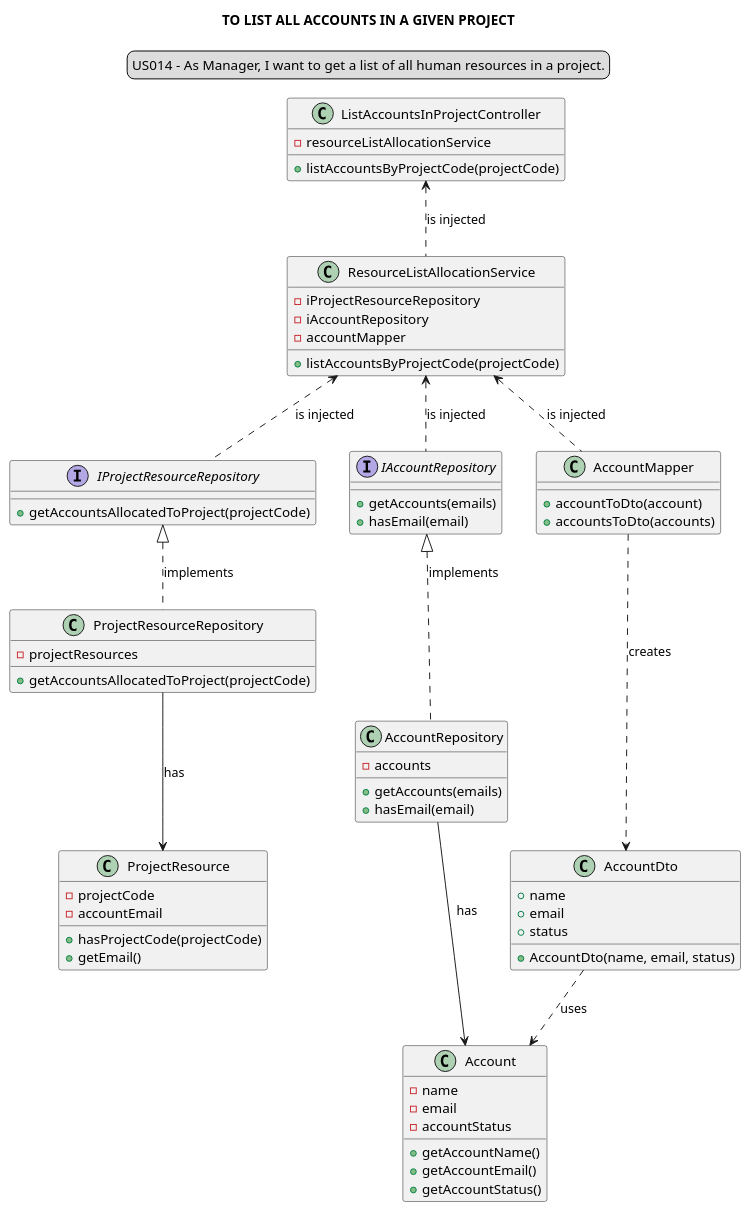
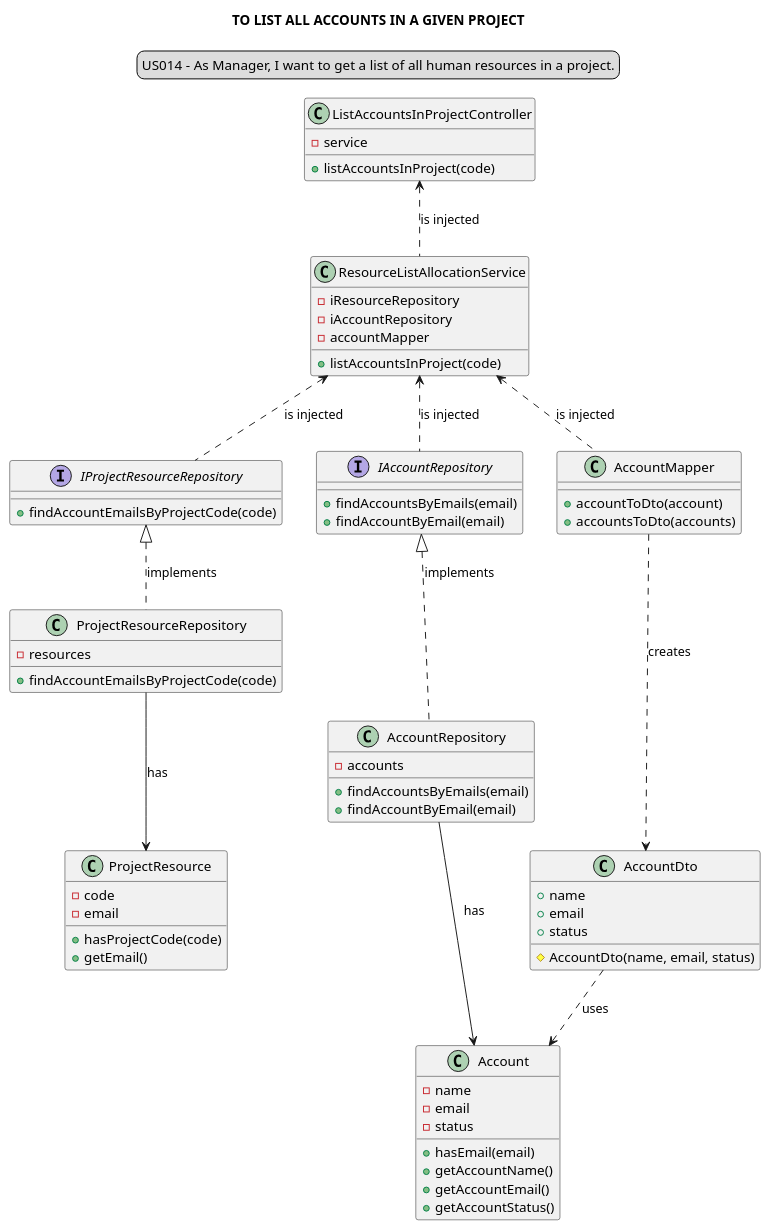
The diagram in docs/modelling_design/user_stories/sprint02/us014/US014_classDiagram_ddd.puml (Loracline/project_switch_22-23), drawn with PlantUML before and after one commit. The commit also changed 1 other file, not shown here.

Commit message:
US014: Design: Finished sequence and class diagram (refactored to DDD). Closes #435.

```diff
--- a/docs/modelling_design/user_stories/sprint02/us014/US014_classDiagram_ddd.puml
+++ b/docs/modelling_design/user_stories/sprint02/us014/US014_classDiagram_ddd.puml
@@ -1,84 +1,84 @@
 @startuml
 skinparam sequenceMessageAlign center
 title TO LIST ALL ACCOUNTS IN A GIVEN PROJECT
 legend top
 US014 - As Manager, I want to get a list of all human resources in a project.
 end legend
 
 
 class "ListAccountsInProjectController" {
-- resourceListAllocationService
-+ listAccountsByProjectCode(projectCode)
+-service
++listAccountsInProject(code)
 }
 
 class "ResourceListAllocationService" {
-- iProjectResourceRepository
-- iAccountRepository
-- accountMapper
-+ listAccountsByProjectCode(projectCode)
+-iResourceRepository
+-iAccountRepository
+-accountMapper
++listAccountsInProject(code)
 }
 
 interface "IProjectResourceRepository" {
-+ getAccountsAllocatedToProject(projectCode)
++findAccountEmailsByProjectCode(code)
 }
 
 class "ProjectResourceRepository" {
-- projectResources
-+ getAccountsAllocatedToProject(projectCode)
+-resources
++findAccountEmailsByProjectCode(code)
 }
 
 interface "IAccountRepository" {
-+ getAccounts(emails)
-+ hasEmail(email)
++findAccountsByEmails(email)
++findAccountByEmail(email)
 }
 
 class "AccountRepository" {
 - accounts
-+ getAccounts(emails)
-+ hasEmail(email)
++findAccountsByEmails(email)
++findAccountByEmail(email)
 }
 
 class "AccountMapper" {
 + accountToDto(account)
 + accountsToDto(accounts)
 }
 
 class "AccountDto" {
 + name
 + email
 + status
-+ AccountDto(name, email, status)
-
+#AccountDto(name, email, status)
 }
 
 class "Account" {
 - name
 - email
-- accountStatus
-+ getAccountName()
-+ getAccountEmail()
-+ getAccountStatus()
+- status
++hasEmail(email)
++getAccountName()
++getAccountEmail()
++getAccountStatus()
 }
 
 class "ProjectResource" {
-- projectCode
-- accountEmail
-+ hasProjectCode(projectCode)
-+ getEmail()
+-code
+-email
++hasProjectCode(code)
++getEmail()
 }
 
 ListAccountsInProjectController <.. ResourceListAllocationService: is injected
 
 ResourceListAllocationService <.. IAccountRepository: is injected
 IAccountRepository <|.. AccountRepository: implements
 AccountRepository --> Account: has
 
 ResourceListAllocationService <.. IProjectResourceRepository: is injected
 IProjectResourceRepository <|.. ProjectResourceRepository: implements
 ProjectResourceRepository --> ProjectResource: has
 
 ResourceListAllocationService <.. AccountMapper: is injected
 AccountMapper ...> AccountDto: creates
 AccountDto ..> Account: uses
 
 @enduml
```
